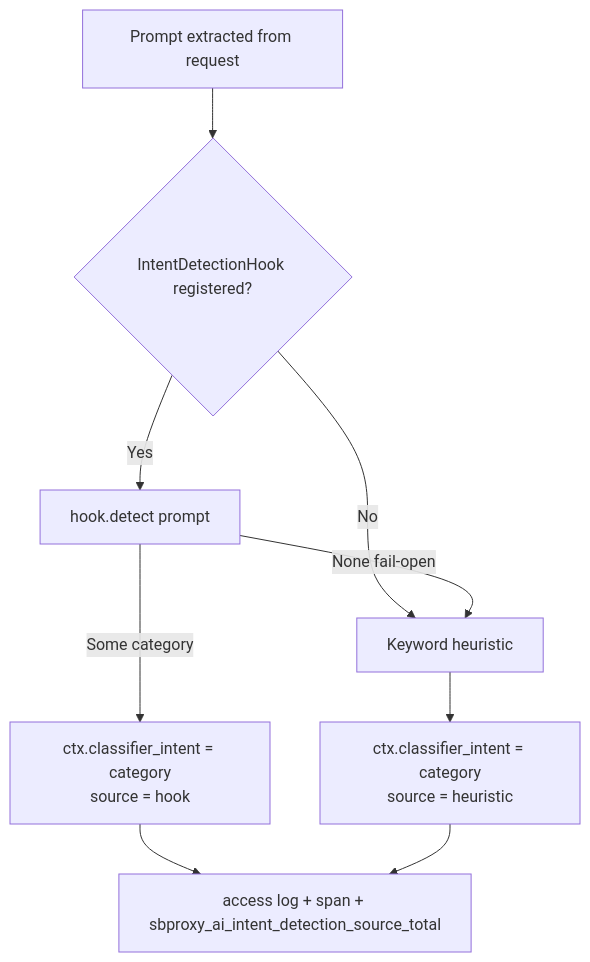
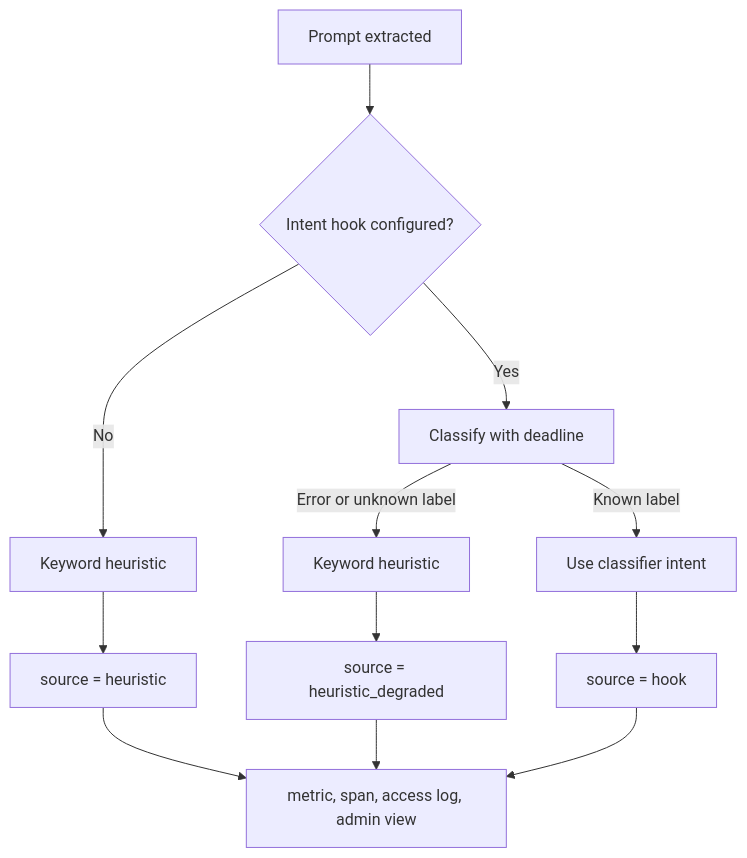
One commit to soapbucket/sbproxy changed the diagram in docs/intent-detection.md. Above: the diagram before and after it, drawn with Mermaid. The commit also changed other lines of this file and 19 other files, not shown here.

````diff
--- a/docs/intent-detection.md
+++ b/docs/intent-detection.md
@@ -26,11 +64,14 @@
 ```mermaid
 flowchart TD
-    A[Prompt extracted from request] --> B{IntentDetectionHook registered?}
-    B -- No --> D[Keyword heuristic]
-    B -- Yes --> C[hook.detect prompt]
-    C -- Some category --> E[ctx.classifier_intent = category<br/>source = hook]
-    C -- None fail-open --> D
-    D --> F[ctx.classifier_intent = category<br/>source = heuristic]
-    E --> G[access log + span + sbproxy_ai_intent_detection_source_total]
-    F --> G
+    A[Prompt extracted] --> B{Intent hook configured?}
+    B -- No --> C[Keyword heuristic]
+    B -- Yes --> D[Classify with deadline]
+    D -- Known label --> E[Use classifier intent]
+    D -- Error or unknown label --> F[Keyword heuristic]
+    C --> G[source = heuristic]
+    F --> H[source = heuristic_degraded]
+    E --> I[source = hook]
+    G --> J[metric, span, access log, admin view]
+    H --> J
+    I --> J
 ```
````
